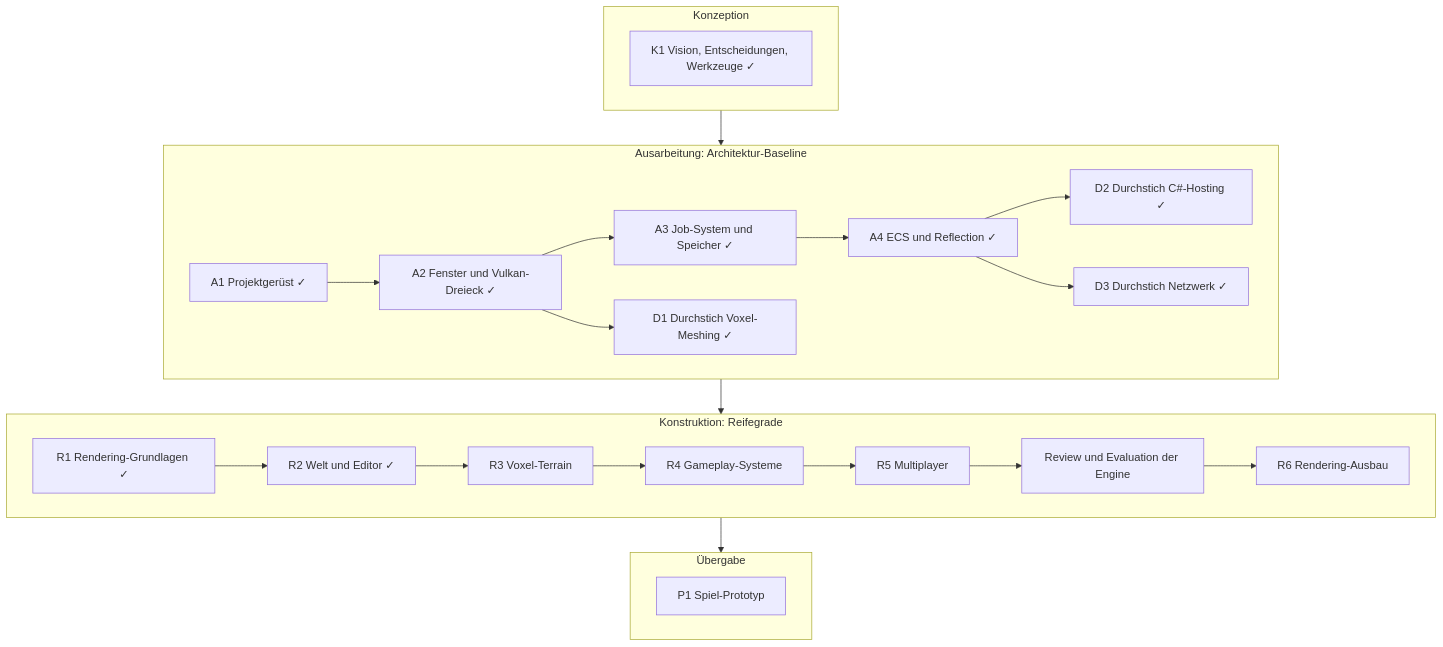
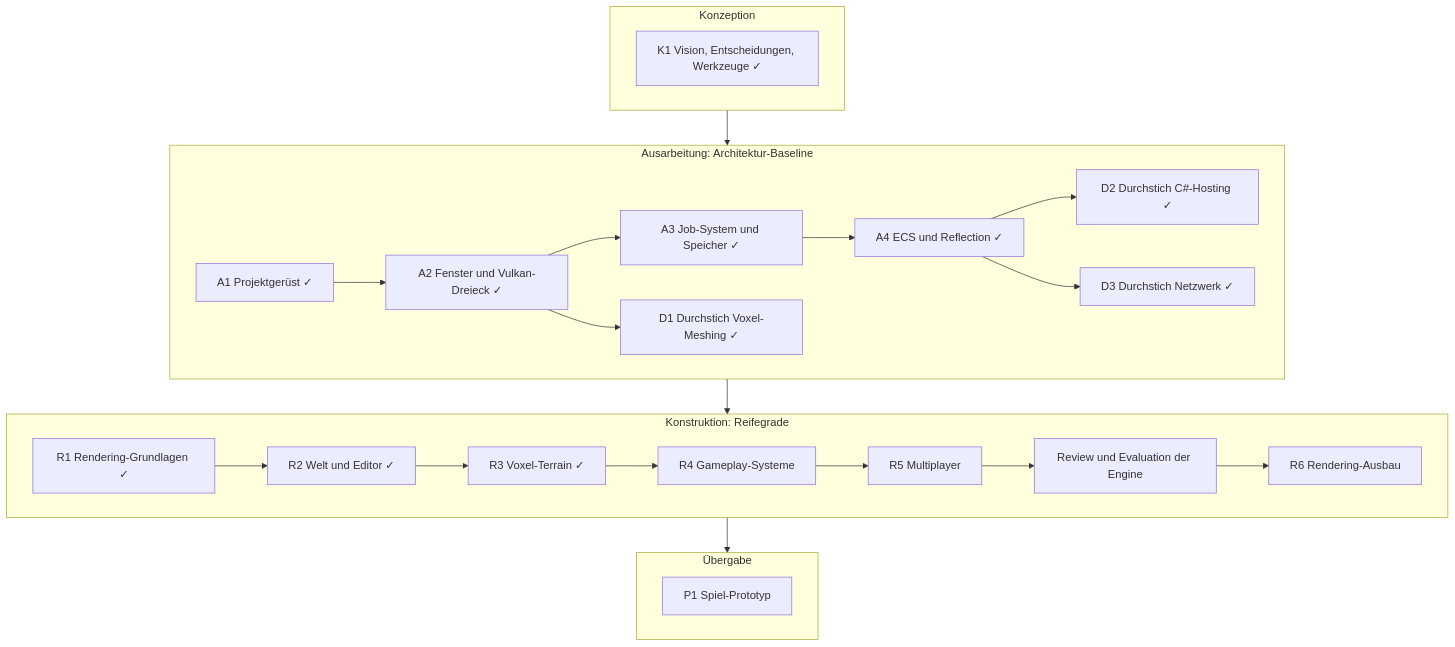
The diagram in docs/roadmap.md (viiez/ngine), drawn with Mermaid before and after one commit. The commit also changed other lines of this file and 3 other files, not shown here.

````diff
--- a/docs/roadmap.md
+++ b/docs/roadmap.md
@@ -31,26 +32,26 @@
 ```mermaid
 flowchart TB
     subgraph K["Konzeption"]
         K1["K1 Vision, Entscheidungen, Werkzeuge ✓"]
     end
     subgraph A["Ausarbeitung: Architektur-Baseline"]
         A1["A1 Projektgerüst ✓"] --> A2["A2 Fenster und Vulkan-Dreieck ✓"]
         A2 --> A3["A3 Job-System und Speicher ✓"]
         A3 --> A4["A4 ECS und Reflection ✓"]
         A2 --> D1["D1 Durchstich Voxel-Meshing ✓"]
         A4 --> D2["D2 Durchstich C#-Hosting ✓"]
         A4 --> D3["D3 Durchstich Netzwerk ✓"]
     end
     subgraph B["Konstruktion: Reifegrade"]
         R1["R1 Rendering-Grundlagen ✓"] --> R2["R2 Welt und Editor ✓"]
-        R2 --> R3["R3 Voxel-Terrain"]
+        R2 --> R3["R3 Voxel-Terrain ✓"]
         R3 --> R4["R4 Gameplay-Systeme"]
         R4 --> R5["R5 Multiplayer"]
         R5 --> E["Review und Evaluation der Engine"]
         E --> R6["R6 Rendering-Ausbau"]
     end
     subgraph U["Übergabe"]
         P1["P1 Spiel-Prototyp"]
     end
     K --> A --> B --> U
 ```
````
